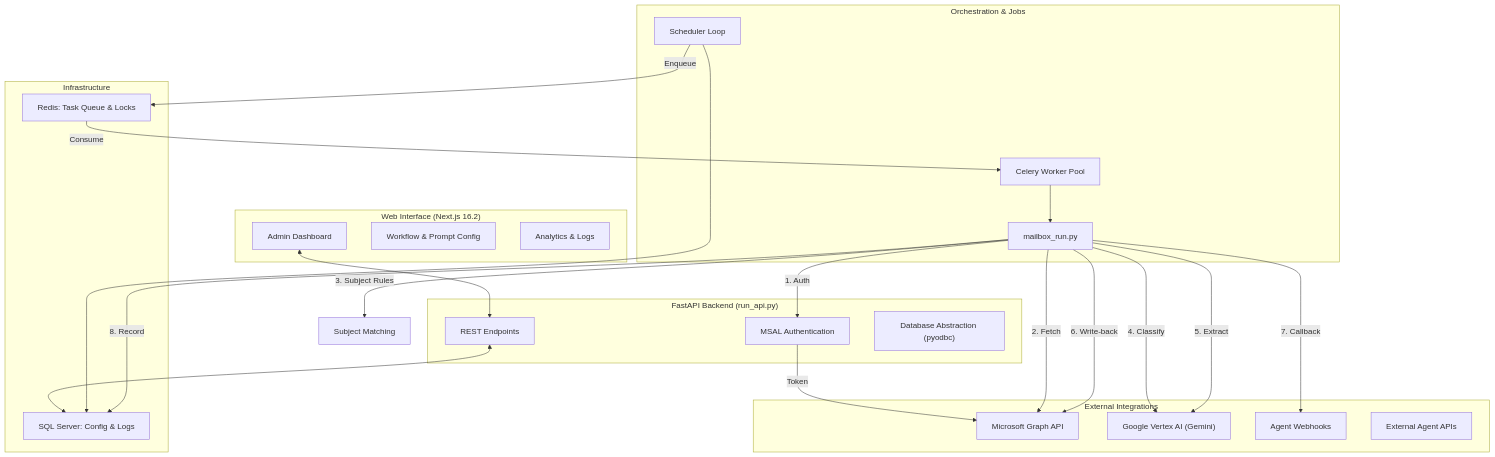
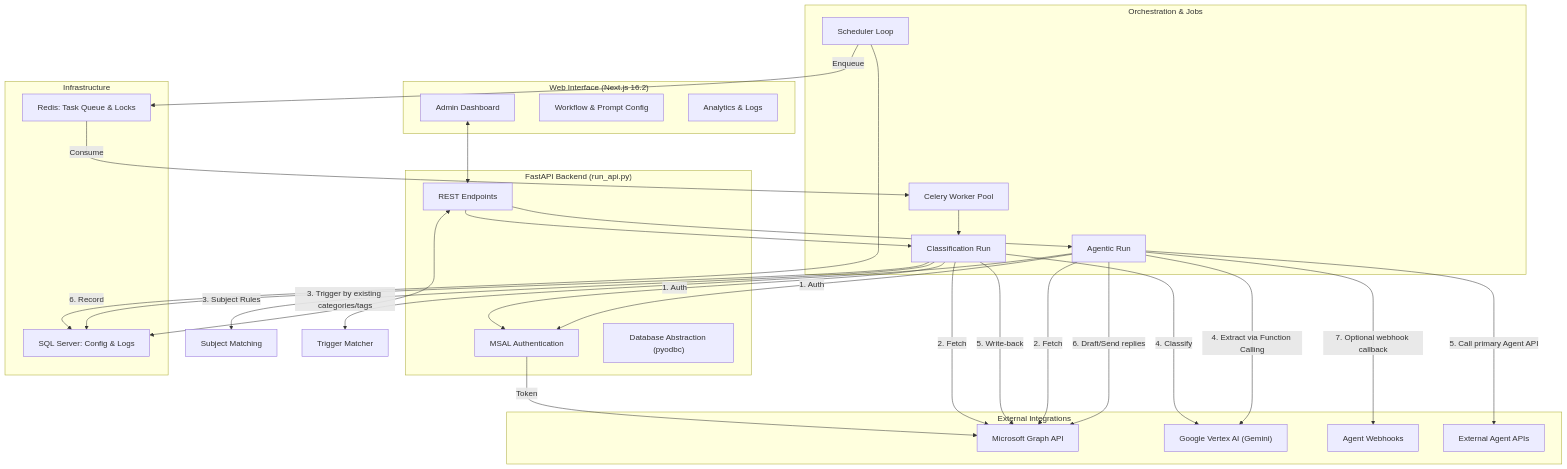
Before and after one commit to buenr/emailAgent: the diagram in ARCHITECTURE.md, drawn with Mermaid. The commit also changed 1 other file, not shown here.

Commit message:
Update architecture docs for independent agentic pipeline

````diff
--- a/ARCHITECTURE.md
+++ b/ARCHITECTURE.md
@@ -1,51 +1,61 @@
 ```mermaid
 graph TD
     subgraph Frontend ["Web Interface (Next.js 16.2)"]
         UI[Admin Dashboard]
         Config[Workflow & Prompt Config]
         Stats[Analytics & Logs]
     end
 
     subgraph Backend ["FastAPI Backend (run_api.py)"]
         API[REST Endpoints]
         Auth[MSAL Authentication]
         DBA["Database Abstraction (pyodbc)"]
     end
 
     subgraph Persistence ["Infrastructure"]
         SQL["SQL Server: Config & Logs"]
         Redis["Redis: Task Queue & Locks"]
     end
 
     subgraph Execution ["Orchestration & Jobs"]
         Sched[Scheduler Loop]
         Worker[Celery Worker Pool]
-        Pipeline[mailbox_run.py]
+        ClassifyPipeline[Classification Run]
+        AgenticPipeline[Agentic Run]
     end
 
     subgraph External ["External Integrations"]
         Graph[Microsoft Graph API]
         Gemini["Google Vertex AI (Gemini)"]
         Webhooks[Agent Webhooks]
         AgentAPIs[External Agent APIs]
     end
 
     %% Connections
     UI <--> API
     API <--> SQL
     Sched --> SQL
     Sched -- "Enqueue" --> Redis
     Redis -- "Consume" --> Worker
-    Worker --> Pipeline
+    Worker --> ClassifyPipeline
+    API --> ClassifyPipeline
+    API --> AgenticPipeline
 
-    %% Pipeline Flow
-    Pipeline -- "1. Auth" --> Auth
+    %% Classification Flow
+    ClassifyPipeline -- "1. Auth" --> Auth
     Auth -- "Token" --> Graph
-    Pipeline -- "2. Fetch" --> Graph
-    Pipeline -- "3. Subject Rules" --> Subj[Subject Matching]
-    Pipeline -- "4. Classify" --> Gemini
-    Pipeline -- "5. Extract" --> Gemini
-    Pipeline -- "6. Write-back" --> Graph
-    Pipeline -- "7. Callback" --> Webhooks
-    Pipeline -- "8. Record" --> SQL
+    ClassifyPipeline -- "2. Fetch" --> Graph
+    ClassifyPipeline -- "3. Subject Rules" --> Subj[Subject Matching]
+    ClassifyPipeline -- "4. Classify" --> Gemini
+    ClassifyPipeline -- "5. Write-back" --> Graph
+    ClassifyPipeline -- "6. Record" --> SQL
+
+    %% Agentic Flow (independent)
+    AgenticPipeline -- "1. Auth" --> Auth
+    AgenticPipeline -- "2. Fetch" --> Graph
+    AgenticPipeline -- "3. Trigger by existing categories/tags" --> Trigger[Trigger Matcher]
+    AgenticPipeline -- "4. Extract via Function Calling" --> Gemini
+    AgenticPipeline -- "5. Call primary Agent API" --> AgentAPIs
+    AgenticPipeline -- "6. Draft/Send replies" --> Graph
+    AgenticPipeline -- "7. Optional webhook callback" --> Webhooks
 ```
````
